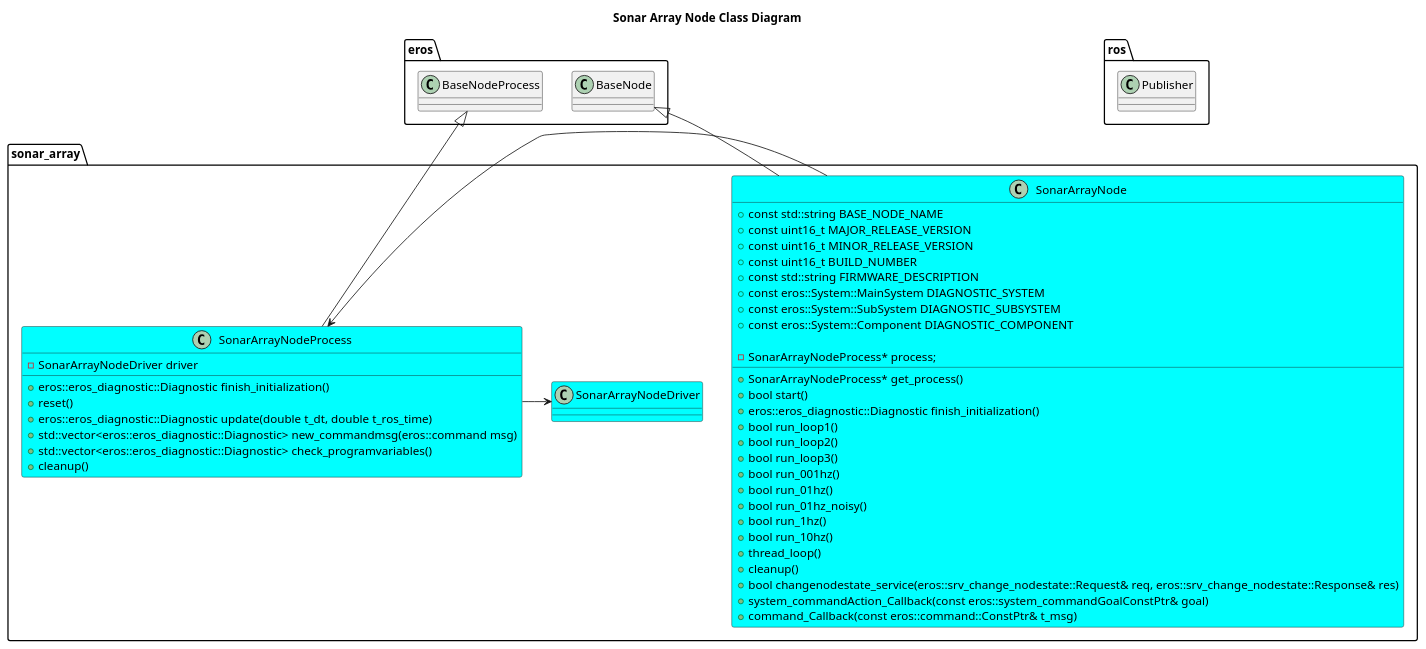
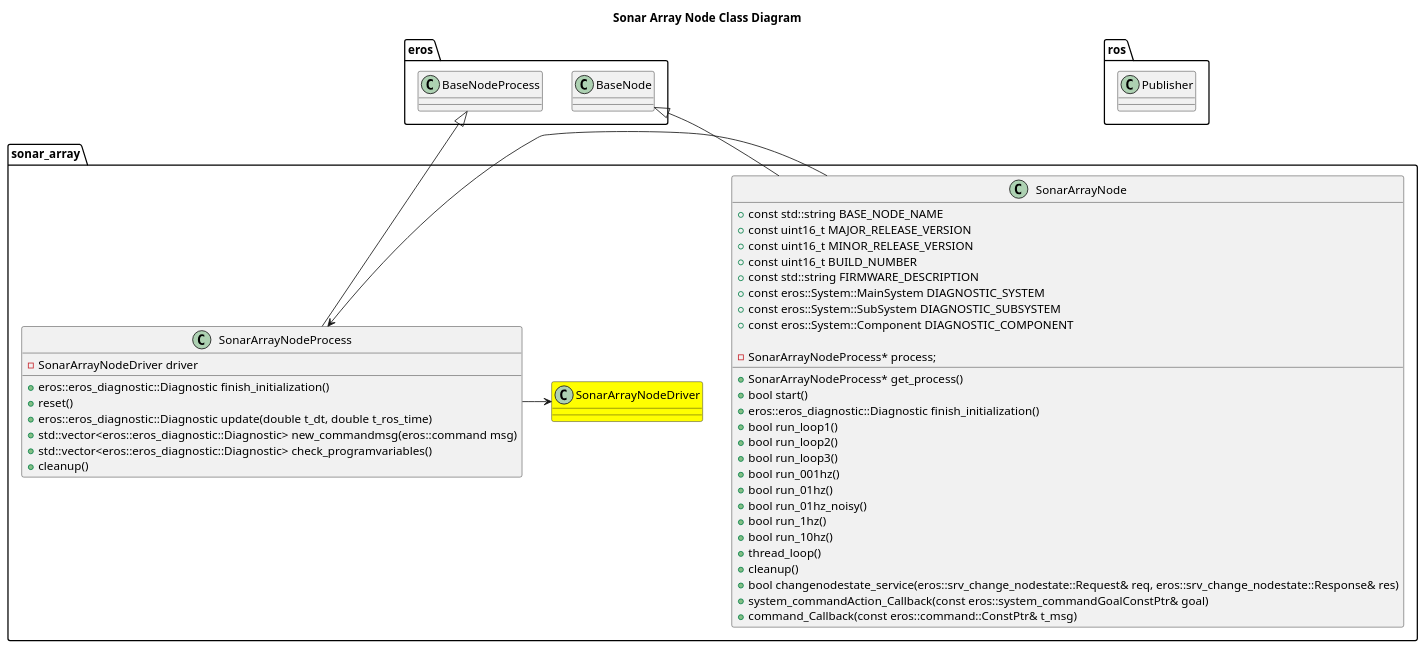
The diagram in nodes/SonarArrayNode/doc/SonarArrayNodeClassDiagram.puml (fastrobotics/sonar_array), drawn with PlantUML before and after one commit. The commit also changed 20 other files, not shown here.

```diff
--- a/nodes/SonarArrayNode/doc/SonarArrayNodeClassDiagram.puml
+++ b/nodes/SonarArrayNode/doc/SonarArrayNodeClassDiagram.puml
@@ -1,56 +1,56 @@
 @startuml
 title Sonar Array Node Class Diagram
 package ros {
   class Publisher
 }
 package eros {
   class BaseNode
   class BaseNodeProcess
 }
 
 package sonar_array {
-  class SonarArrayNode #Cyan {
+  class SonarArrayNode  {
       +const std::string BASE_NODE_NAME
       +const uint16_t MAJOR_RELEASE_VERSION
       +const uint16_t MINOR_RELEASE_VERSION
       +const uint16_t BUILD_NUMBER
       +const std::string FIRMWARE_DESCRIPTION
       +const eros::System::MainSystem DIAGNOSTIC_SYSTEM
       +const eros::System::SubSystem DIAGNOSTIC_SUBSYSTEM
       +const eros::System::Component DIAGNOSTIC_COMPONENT
       +SonarArrayNodeProcess* get_process()
       +bool start()
       +eros::eros_diagnostic::Diagnostic finish_initialization()
       +bool run_loop1()
       +bool run_loop2()
       +bool run_loop3()
       +bool run_001hz()
       +bool run_01hz()
       +bool run_01hz_noisy()
       +bool run_1hz()
       +bool run_10hz()
       +thread_loop()
       +cleanup()
       +bool changenodestate_service(eros::srv_change_nodestate::Request& req, eros::srv_change_nodestate::Response& res)
       +system_commandAction_Callback(const eros::system_commandGoalConstPtr& goal)
       +command_Callback(const eros::command::ConstPtr& t_msg)
 
       -SonarArrayNodeProcess* process;
   }
-  class SonarArrayNodeProcess #Cyan {
+  class SonarArrayNodeProcess  {
       +eros::eros_diagnostic::Diagnostic finish_initialization()
       +reset()
       +eros::eros_diagnostic::Diagnostic update(double t_dt, double t_ros_time)
       +std::vector<eros::eros_diagnostic::Diagnostic> new_commandmsg(eros::command msg)
       +std::vector<eros::eros_diagnostic::Diagnostic> check_programvariables()
       +cleanup()
       -SonarArrayNodeDriver driver
 
   }
-  class SonarArrayNodeDriver #Cyan 
+  class SonarArrayNodeDriver #Yellow 
   BaseNode <|-- SonarArrayNode
   BaseNodeProcess <|-- SonarArrayNodeProcess
   SonarArrayNode -> SonarArrayNodeProcess
   SonarArrayNodeProcess -> SonarArrayNodeDriver
 }
 @enduml
```
